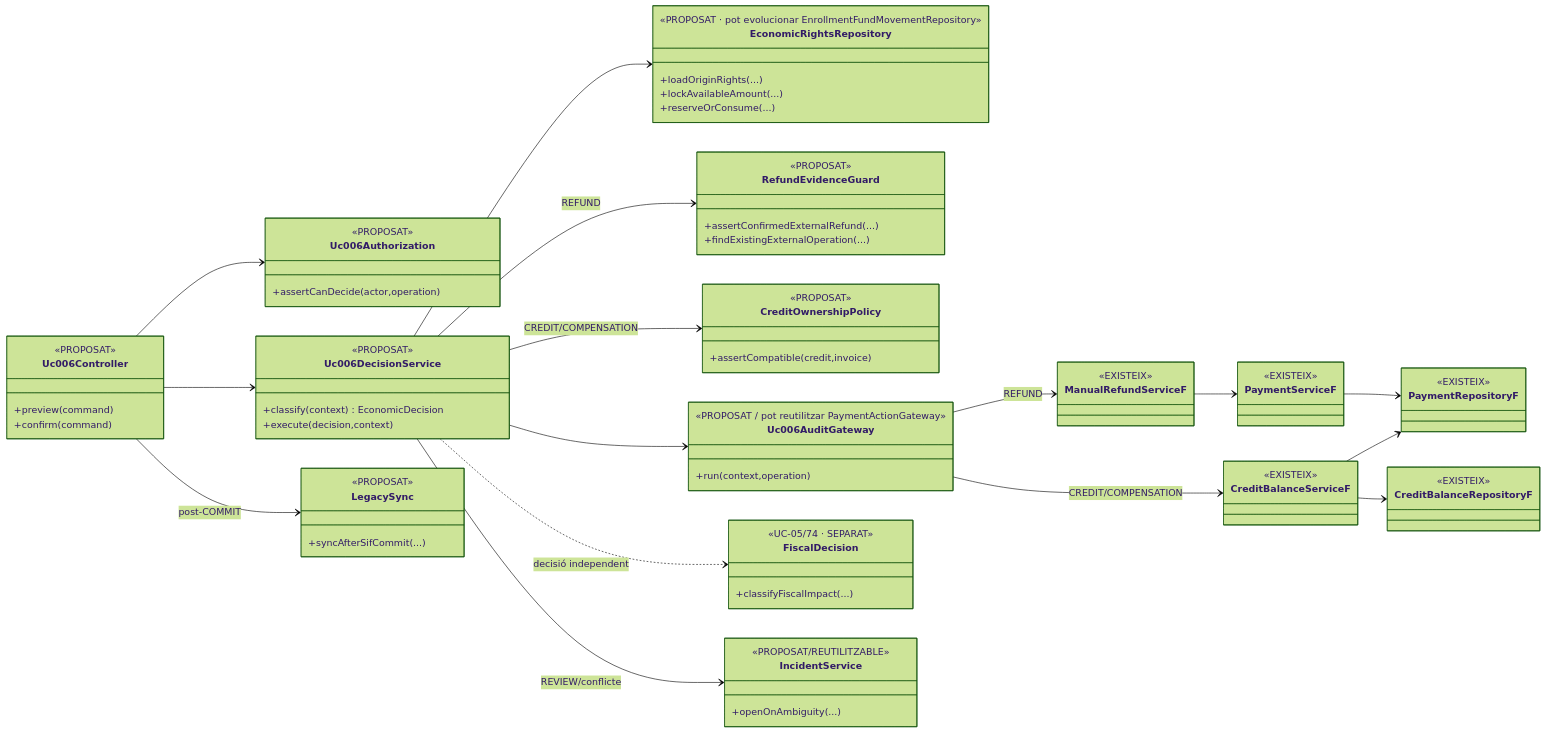
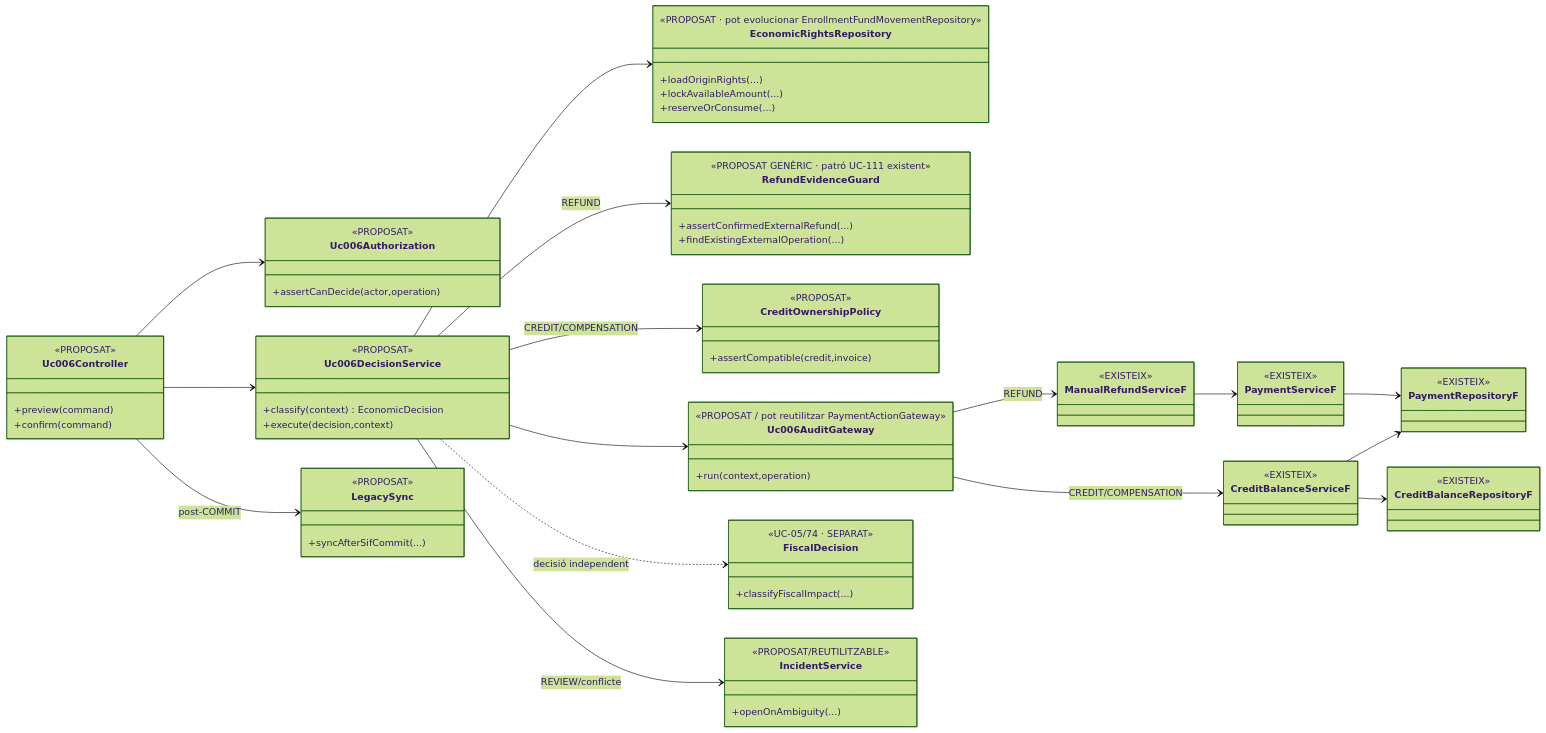
The fifth of 5 diagrams in documentacio/07-uml-integrat/uc-006-classes-actual-final.md (orgmeriemprismacat-del/verifactu), drawn with Mermaid (forest theme) before and after one commit. The commit also changed other lines of this file, not shown here.

Commit message:
docs(UC-006): alinear guard refund amb patro UC-111

````diff
--- a/documentacio/07-uml-integrat/uc-006-classes-actual-final.md
+++ b/documentacio/07-uml-integrat/uc-006-classes-actual-final.md
@@ -302,81 +302,81 @@
 ```mermaid
 classDiagram
 direction LR
 
 class Uc006Controller {
   <<PROPOSAT>>
   +preview(command)
   +confirm(command)
 }
 class Uc006Authorization {
   <<PROPOSAT>>
   +assertCanDecide(actor,operation)
 }
 class Uc006DecisionService {
   <<PROPOSAT>>
   +classify(context) EconomicDecision
   +execute(decision,context)
 }
 class EconomicRightsRepository {
   <<PROPOSAT · pot evolucionar EnrollmentFundMovementRepository>>
   +loadOriginRights(...)
   +lockAvailableAmount(...)
   +reserveOrConsume(...)
 }
 class RefundEvidenceGuard {
-  <<PROPOSAT>>
+  <<PROPOSAT GENÈRIC · patró UC-111 existent>>
   +assertConfirmedExternalRefund(...)
   +findExistingExternalOperation(...)
 }
 class CreditOwnershipPolicy {
   <<PROPOSAT>>
   +assertCompatible(credit,invoice)
 }
 class Uc006AuditGateway {
   <<PROPOSAT / pot reutilitzar PaymentActionGateway>>
   +run(context,operation)
 }
 class ManualRefundServiceF {
   <<EXISTEIX>>
 }
 class CreditBalanceServiceF {
   <<EXISTEIX>>
 }
 class PaymentServiceF {
   <<EXISTEIX>>
 }
 class PaymentRepositoryF {
   <<EXISTEIX>>
 }
 class CreditBalanceRepositoryF {
   <<EXISTEIX>>
 }
 class FiscalDecision {
   <<UC-05/74 · SEPARAT>>
   +classifyFiscalImpact(...)
 }
 class LegacySync {
   <<PROPOSAT>>
   +syncAfterSifCommit(...)
 }
 class IncidentService {
   <<PROPOSAT/REUTILITZABLE>>
   +openOnAmbiguity(...)
 }
 
 Uc006Controller --> Uc006Authorization
 Uc006Controller --> Uc006DecisionService
 Uc006DecisionService --> EconomicRightsRepository
 Uc006DecisionService --> RefundEvidenceGuard : REFUND
 Uc006DecisionService --> CreditOwnershipPolicy : CREDIT/COMPENSATION
 Uc006DecisionService --> Uc006AuditGateway
 Uc006AuditGateway --> ManualRefundServiceF : REFUND
 Uc006AuditGateway --> CreditBalanceServiceF : CREDIT/COMPENSATION
 ManualRefundServiceF --> PaymentServiceF
 PaymentServiceF --> PaymentRepositoryF
 CreditBalanceServiceF --> CreditBalanceRepositoryF
 CreditBalanceServiceF --> PaymentRepositoryF
 Uc006DecisionService ..> FiscalDecision : decisió independent
 Uc006Controller --> LegacySync : post-COMMIT
 Uc006DecisionService --> IncidentService : REVIEW/conflicte
 ```
````
